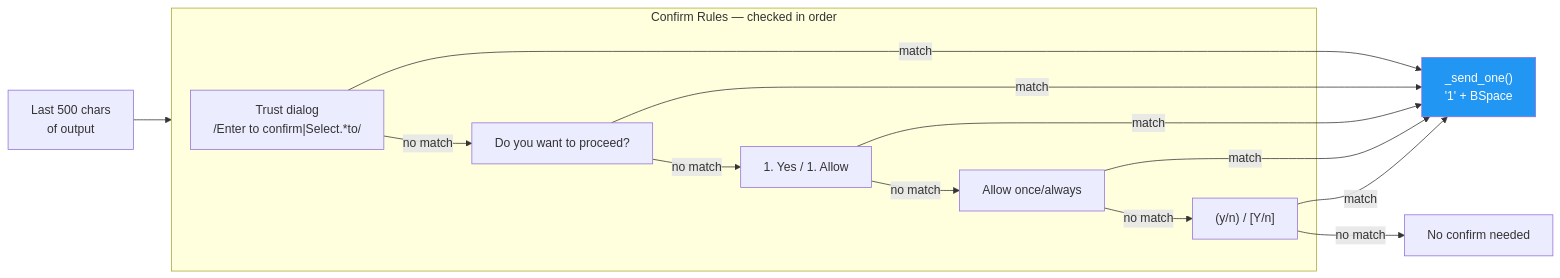
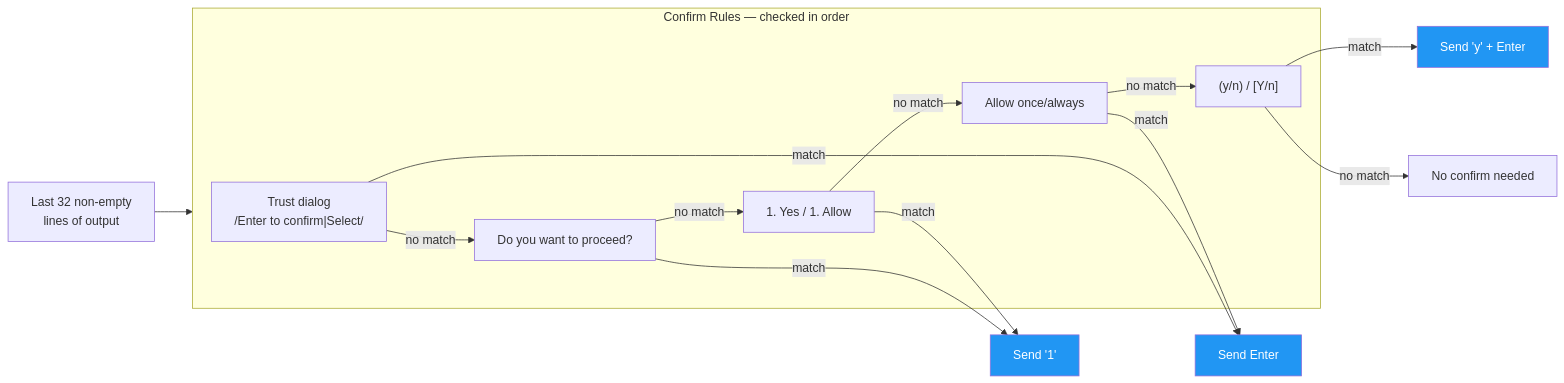
The fourth of 8 diagrams in docs/monitor-state-diagram.md (orlunix/cam), drawn with Mermaid before and after one commit. The commit also changed other lines of this file and 14 other files, not shown here.

````diff
--- a/docs/monitor-state-diagram.md
+++ b/docs/monitor-state-diagram.md
@@ -116,23 +167,25 @@
 ```mermaid
 flowchart LR
-    OUTPUT["Last 500 chars<br/>of output"] --> RULES
+    OUTPUT["Last 32 non-empty<br/>lines of output"] --> RULES
 
     subgraph RULES ["Confirm Rules — checked in order"]
-        R1["Trust dialog<br/>/Enter to confirm|Select.*to/"]
+        R1["Trust dialog<br/>/Enter to confirm|Select/"]
         R2["Do you want to proceed?"]
         R3["1. Yes / 1. Allow"]
         R4["Allow once/always"]
         R5["(y/n) / [Y/n]"]
     end
 
-    R1 -->|match| SEND["_send_one()<br/>'1' + BSpace"]
-    R2 -->|match| SEND
-    R3 -->|match| SEND
-    R4 -->|match| SEND
-    R5 -->|match| SEND
+    R1 -->|match| ENTER["Send Enter"]
+    R2 -->|match| ONE["Send '1'"]
+    R3 -->|match| ONE
+    R4 -->|match| ENTER
+    R5 -->|match| YN["Send 'y' + Enter"]
 
-    R1 -->|no match| R2 --> |no match| R3 --> |no match| R4 --> |no match| R5
+    R1 -->|no match| R2 -->|no match| R3 -->|no match| R4 -->|no match| R5
     R5 -->|no match| NONE[No confirm needed]
 
-    style SEND fill:#2196F3,color:#fff
+    style ONE fill:#2196F3,color:#fff
+    style ENTER fill:#2196F3,color:#fff
+    style YN fill:#2196F3,color:#fff
 ```
````
